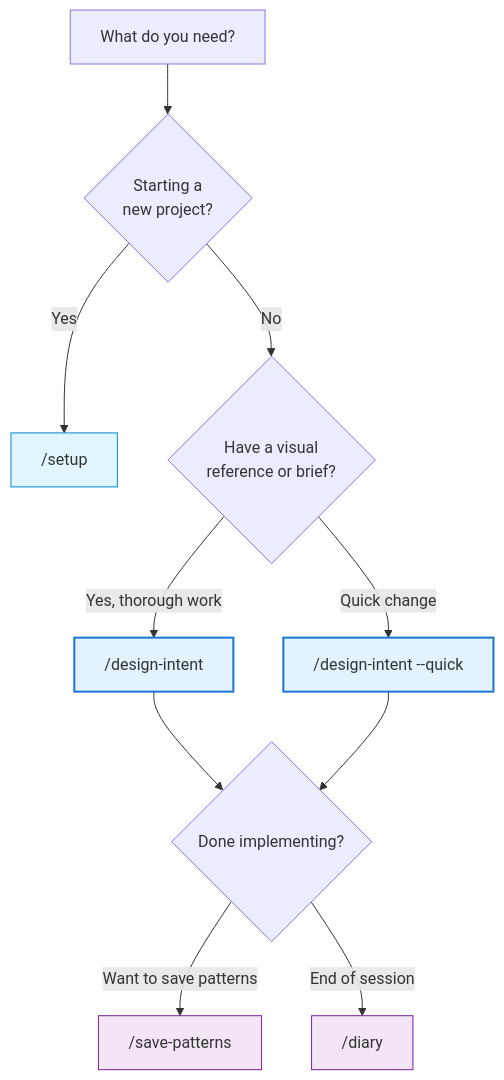
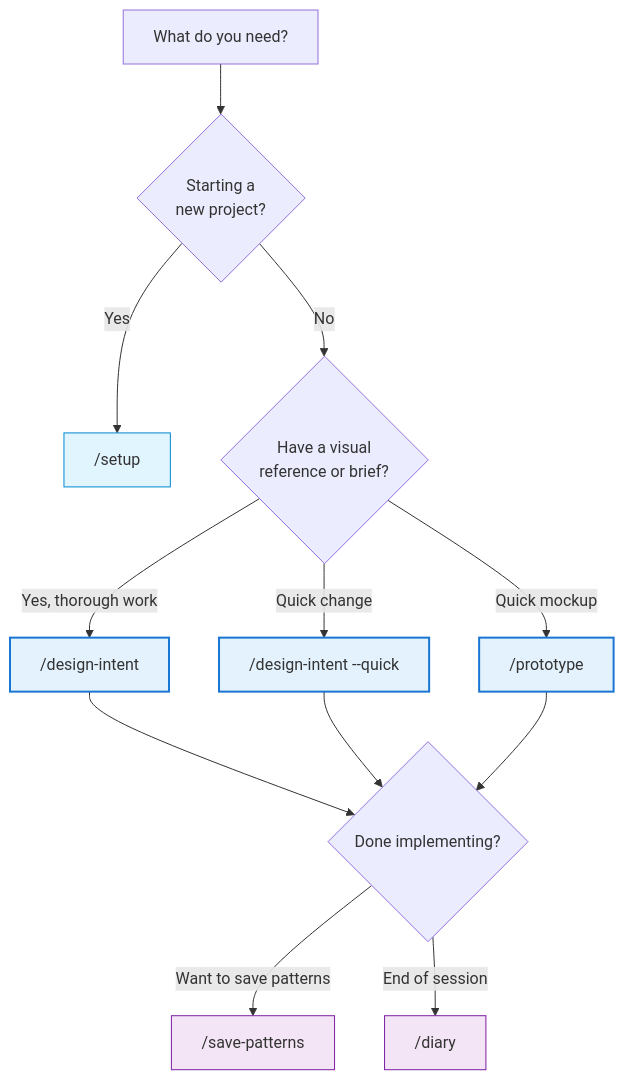
One commit to joaquimscosta/arkhe-claude-plugins changed the first of 4 diagrams in plugins/design-intent/README.md. Above: the diagram before and after it, drawn with Mermaid. The commit also changed other lines of this file and 34 other files, not shown here.

````diff
--- a/plugins/design-intent/README.md
+++ b/plugins/design-intent/README.md
@@ -126,25 +126,28 @@
 ```mermaid
 flowchart TD
     START["What do you need?"] --> Q1{"Starting a<br/>new project?"}
 
     Q1 -->|Yes| SETUP["/setup"]
     Q1 -->|No| Q2{"Have a visual<br/>reference or brief?"}
 
     Q2 -->|"Yes, thorough work"| DESIGN_INTENT["/design-intent"]
     Q2 -->|"Quick change"| DESIGN_INTENT_QUICK["/design-intent --quick"]
+    Q2 -->|"Quick mockup"| PROTOTYPE["/prototype"]
 
     DESIGN_INTENT --> Q3{"Done implementing?"}
     DESIGN_INTENT_QUICK --> Q3
+    PROTOTYPE --> Q3
     Q3 -->|"Want to save patterns"| SAVE["/save-patterns"]
     Q3 -->|"End of session"| DIARY["/diary"]
 
     SETUP:::init
     DESIGN_INTENT:::main
     DESIGN_INTENT_QUICK:::main
+    PROTOTYPE:::main
     SAVE:::capture
     DIARY:::capture
 
     classDef init fill:#e1f5fe,stroke:#0288d1
     classDef main fill:#e3f2fd,stroke:#1976d2,stroke-width:2px
     classDef capture fill:#f3e5f5,stroke:#7b1fa2
 ```
````
